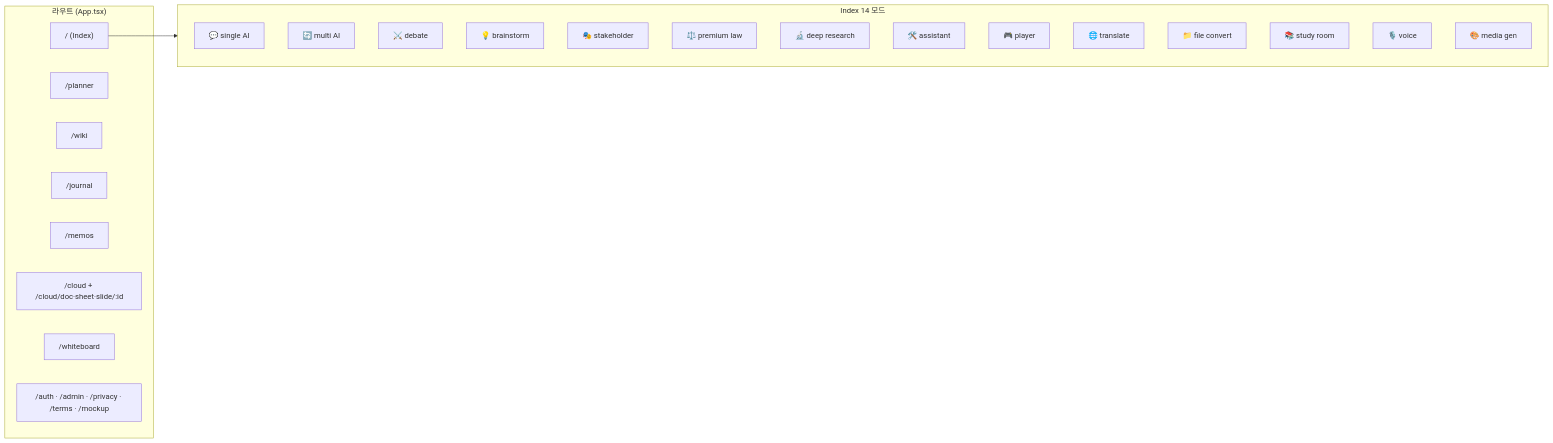
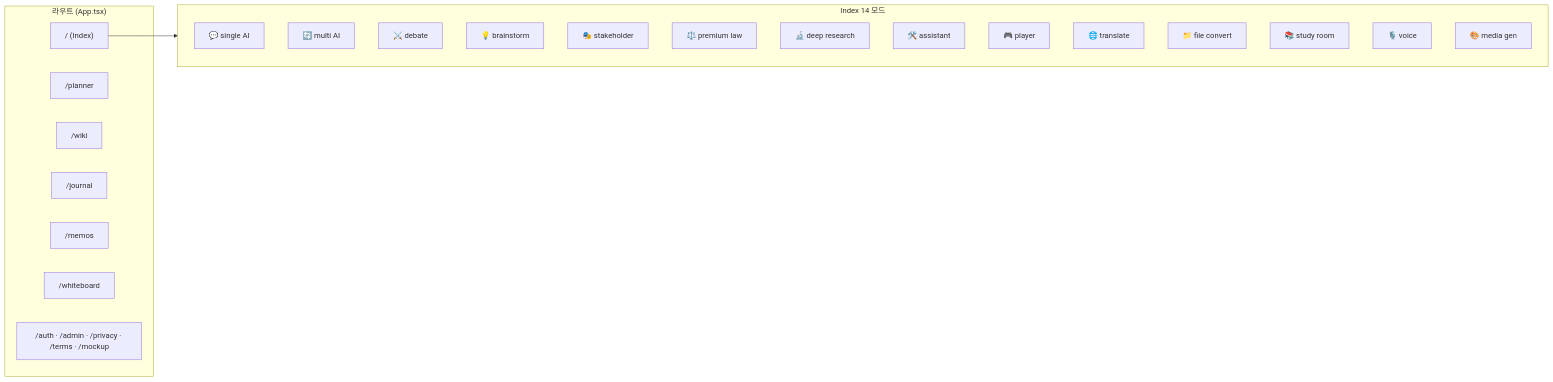
The diagram in docs/SITE_MAP.md (yujihwan7166-code/Personai), drawn with Mermaid before and after one commit. The commit also changed other lines of this file and 6 other files, not shown here.

````diff
--- a/docs/SITE_MAP.md
+++ b/docs/SITE_MAP.md
@@ -14,32 +14,31 @@
 ```mermaid
 flowchart LR
   subgraph Routes["라우트 (App.tsx)"]
     R1["/  (Index)"]
     R2["/planner"]
     R3["/wiki"]
     R4["/journal"]
     R5["/memos"]
-    R6["/cloud + /cloud/doc·sheet·slide/:id"]
     R7["/whiteboard"]
     R8["/auth · /admin · /privacy · /terms · /mockup"]
   end
 
   subgraph IndexModes["Index 14 모드"]
     M1["💬 single AI"]
     M2["🔄 multi AI"]
     M3["⚔️ debate"]
     M4["💡 brainstorm"]
     M5["🎭 stakeholder"]
     M6["⚖️ premium law"]
     M7["🔬 deep research"]
     M8["🛠️ assistant"]
     M9["🎮 player"]
     M10["🌐 translate"]
     M11["📁 file convert"]
     M12["📚 study room"]
     M13["🎙️ voice"]
     M14["🎨 media gen"]
   end
 
   R1 --> IndexModes
 ```
````
